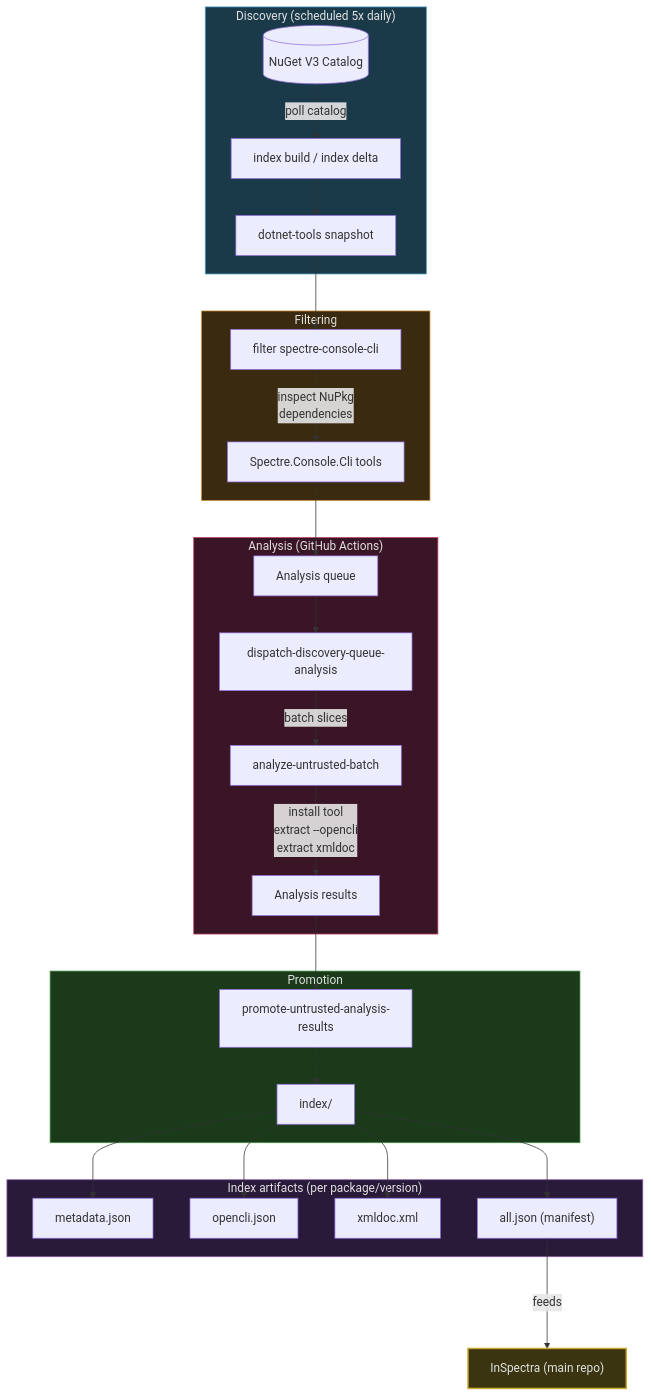
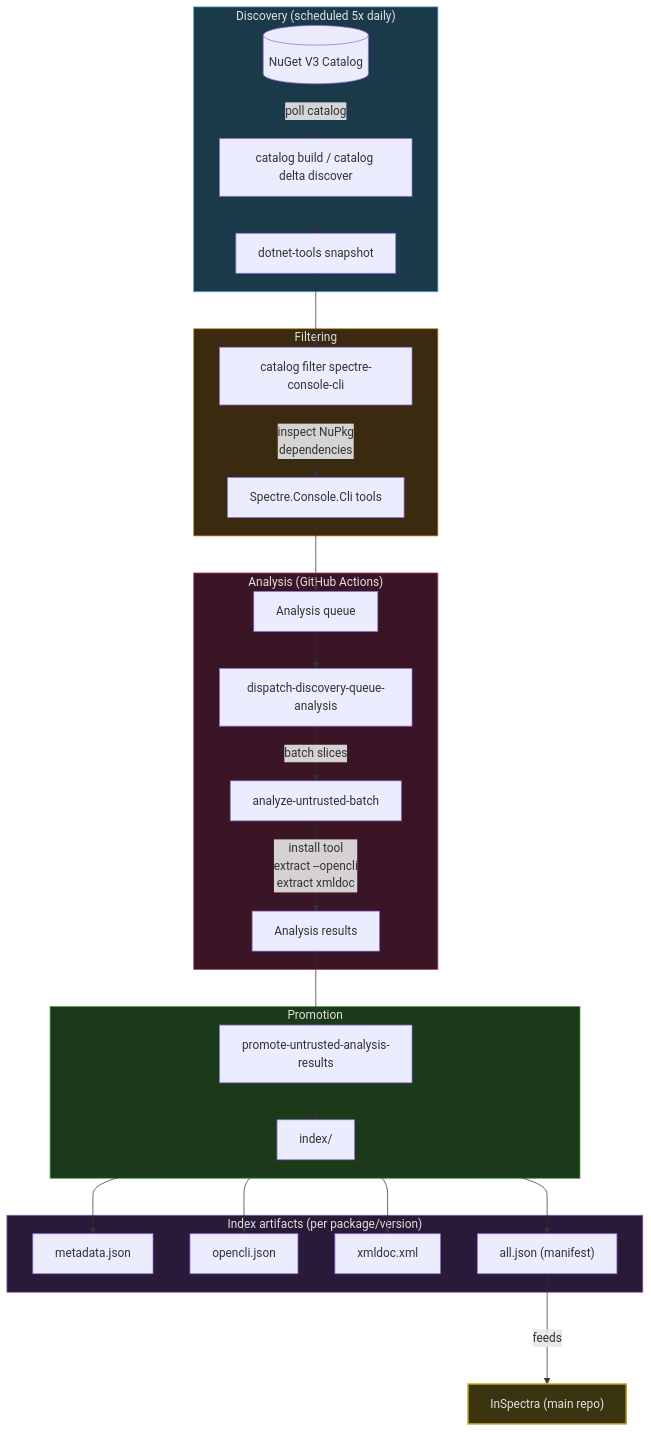
One commit to JKamsker/InSpectra-Discovery changed the diagram in README.md. Above: the diagram before and after it, drawn with Mermaid. The commit also changed other lines of this file and 1 other file, not shown here.

Commit message:
docs: update references for discovery tool cli

````diff
--- a/README.md
+++ b/README.md
@@ -18,45 +18,45 @@
 ```mermaid
 flowchart TD
     subgraph Discovery["Discovery (scheduled 5x daily)"]
         NuGet[(NuGet V3 Catalog)]
-        Bootstrap["index build / index delta"]
-        NuGet -->|poll catalog| Bootstrap
-        Bootstrap --> Snapshot["dotnet-tools snapshot"]
+        Tool["catalog build / catalog delta discover"]
+        NuGet -->|poll catalog| Tool
+        Tool --> Snapshot["dotnet-tools snapshot"]
     end
 
     subgraph Filtering
-        Snapshot --> Filter["filter spectre-console-cli"]
+        Snapshot --> Filter["catalog filter spectre-console-cli"]
         Filter -->|"inspect NuPkg
 dependencies"| Filtered["Spectre.Console.Cli tools"]
     end
 
     subgraph Analysis["Analysis (GitHub Actions)"]
         Filtered --> Queue["Analysis queue"]
         Queue --> Dispatch["dispatch-discovery-queue-analysis"]
         Dispatch -->|batch slices| Analyze["analyze-untrusted-batch"]
         Analyze -->|"install tool
 extract --opencli
 extract xmldoc"| Results["Analysis results"]
     end
 
     subgraph Promotion
         Results --> Promote["promote-untrusted-analysis-results"]
         Promote --> Index["index/"]
     end
 
     subgraph Artifacts["Index artifacts (per package/version)"]
         Index --> metadata.json
         Index --> opencli.json
         Index --> xmldoc.xml
         Index --> all.json["all.json (manifest)"]
     end
 
     all.json --->|feeds| InSpectra["InSpectra (main repo)"]
 
     style Discovery fill:#1a3a4a,stroke:#4aa3c5,color:#e0e0e0
     style Filtering fill:#3a2a10,stroke:#c98a2e,color:#e0e0e0
     style Analysis fill:#3a1525,stroke:#c44a6c,color:#e0e0e0
     style Promotion fill:#1a3a1a,stroke:#4a9a4a,color:#e0e0e0
     style Artifacts fill:#2a1a3a,stroke:#8a5aaa,color:#e0e0e0
     style InSpectra fill:#3a3510,stroke:#c9a82e,color:#e0e0e0,stroke-width:2px
 ```
````
